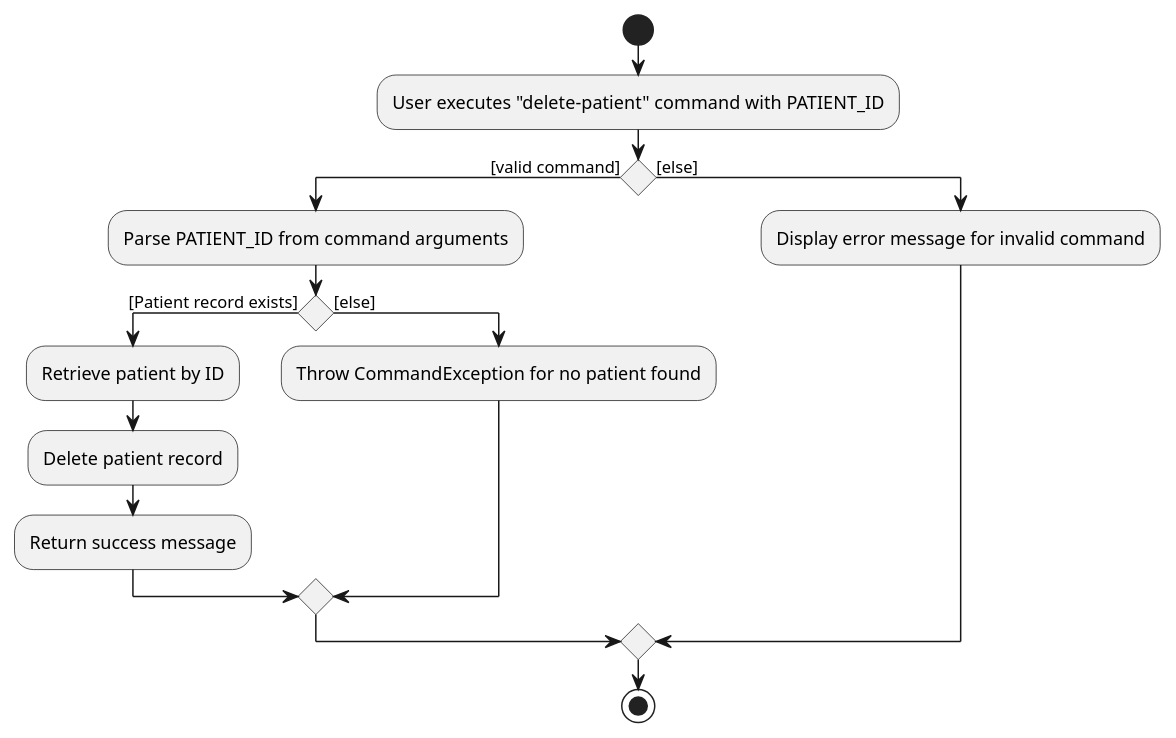
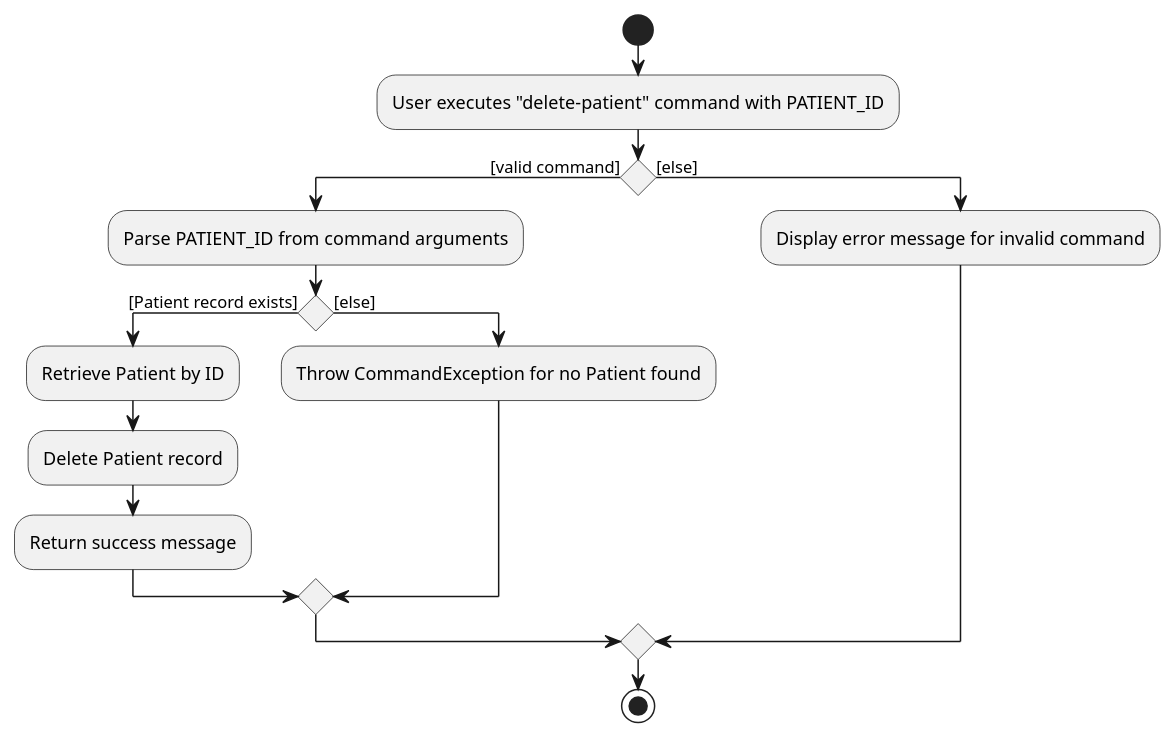
The diagram in docs/diagrams/DeletePatientActivityDiagram.puml (techjay-c/tp), drawn with PlantUML before and after one commit. The commit also changed 2 other files, not shown here.

Commit message:
Update DeletePatientActivityDiagram

```diff
--- a/docs/diagrams/DeletePatientActivityDiagram.puml
+++ b/docs/diagrams/DeletePatientActivityDiagram.puml
@@ -1,21 +1,21 @@
 @startuml
 start
 :User executes "delete-patient" command with PATIENT_ID;
 
 if () then ([valid command])
   :Parse PATIENT_ID from command arguments;
 
 if () then ([Patient record exists])
-  :Retrieve patient by ID;
-  :Delete patient record;
+  :Retrieve Patient by ID;
+  :Delete Patient record;
   :Return success message;
 else ([else])
-  :Throw CommandException for no patient found;
+  :Throw CommandException for no Patient found;
 endif
 
 else ([else])
     :Display error message for invalid command;
 endif
 
 stop
 @enduml
```
